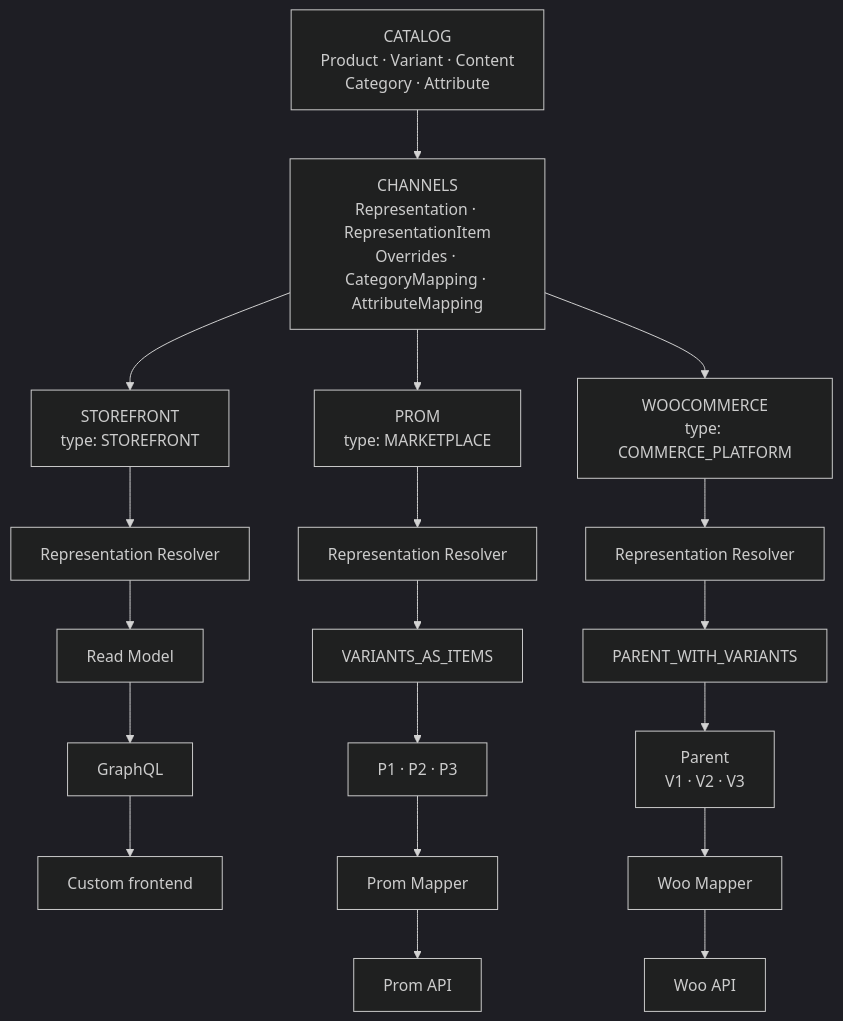
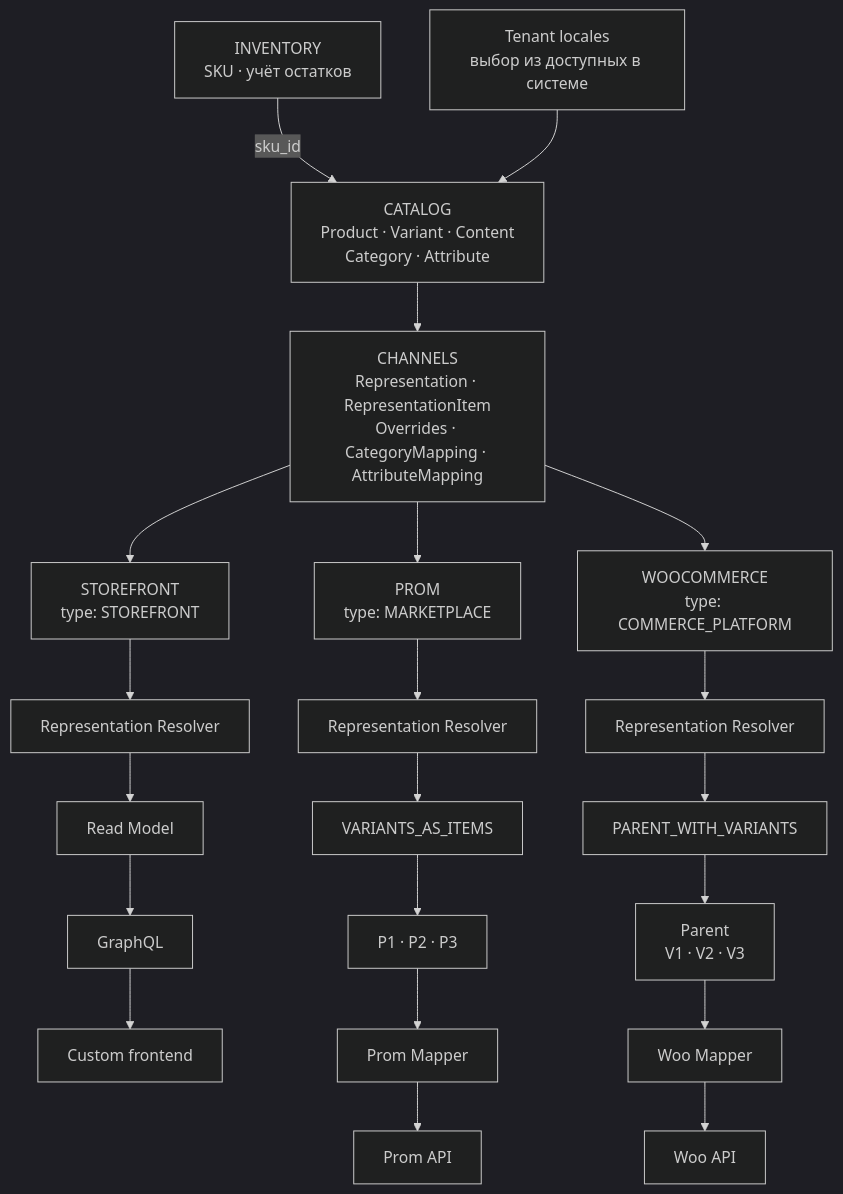
The diagram in docs/plan/catalog.md (dinikon/dnk-runtime-core), drawn with Mermaid (dark theme) before and after one commit. The commit also changed other lines of this file and 1 other file, not shown here.

Commit message:
docs: clarify SKU ownership, tenant locale settings, and SIMPLE product structure

````diff
--- a/docs/plan/catalog.md
+++ b/docs/plan/catalog.md
@@ -40,23 +42,27 @@
 ```mermaid
 flowchart TB
+    INV["INVENTORY<br/>SKU · учёт остатков"]
+    LOC["Tenant locales<br/>выбор из доступных в системе"]
     CAT["CATALOG<br/>Product · Variant · Content<br/>Category · Attribute"]
     CH["CHANNELS<br/>Representation · RepresentationItem<br/>Overrides · CategoryMapping · AttributeMapping"]
+    INV -->|sku_id| CAT
+    LOC --> CAT
     CAT --> CH
     CH --> S["STOREFRONT<br/>type: STOREFRONT"]
     CH --> P["PROM<br/>type: MARKETPLACE"]
     CH --> W["WOOCOMMERCE<br/>type: COMMERCE_PLATFORM"]
     S --> SR[Representation Resolver]
     P --> PR[Representation Resolver]
     W --> WR[Representation Resolver]
     SR --> RM[Read Model]
     RM --> GQL[GraphQL]
     GQL --> FE[Custom frontend]
     PR --> PT[VARIANTS_AS_ITEMS]
     PT --> PI["P1 · P2 · P3"]
     PI --> PM[Prom Mapper]
     PM --> PA[Prom API]
     WR --> WT[PARENT_WITH_VARIANTS]
     WT --> WI["Parent<br/>V1 · V2 · V3"]
     WI --> WM[Woo Mapper]
     WM --> WA[Woo API]
 ```
````
